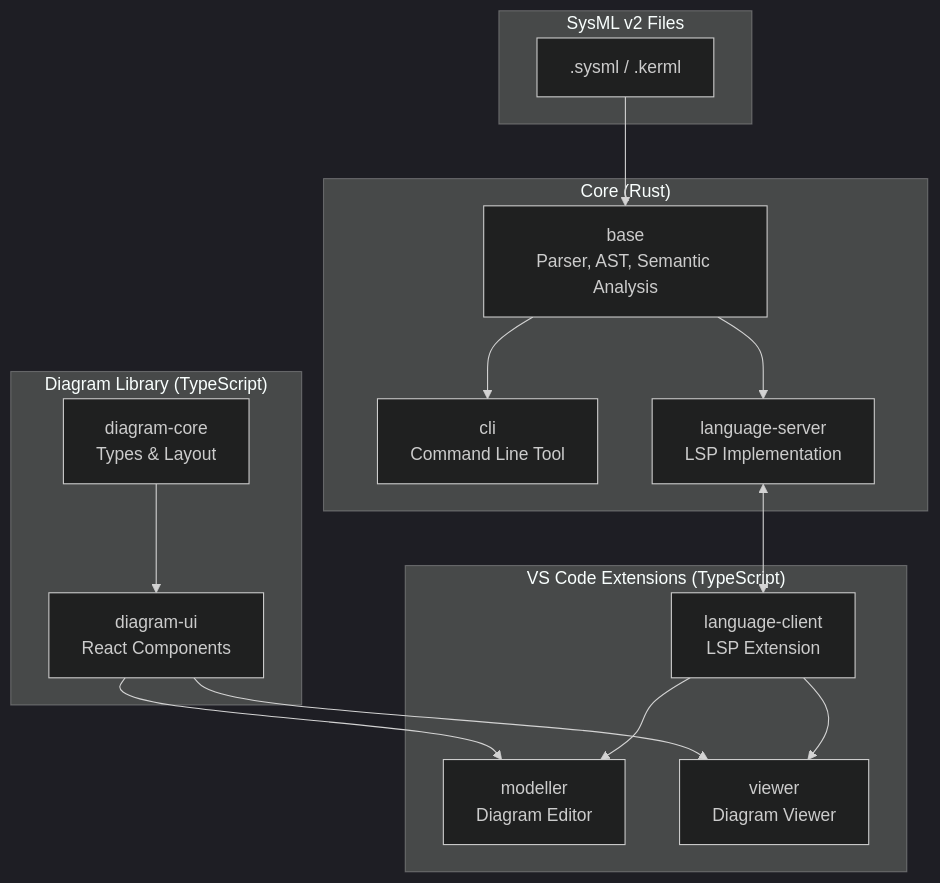
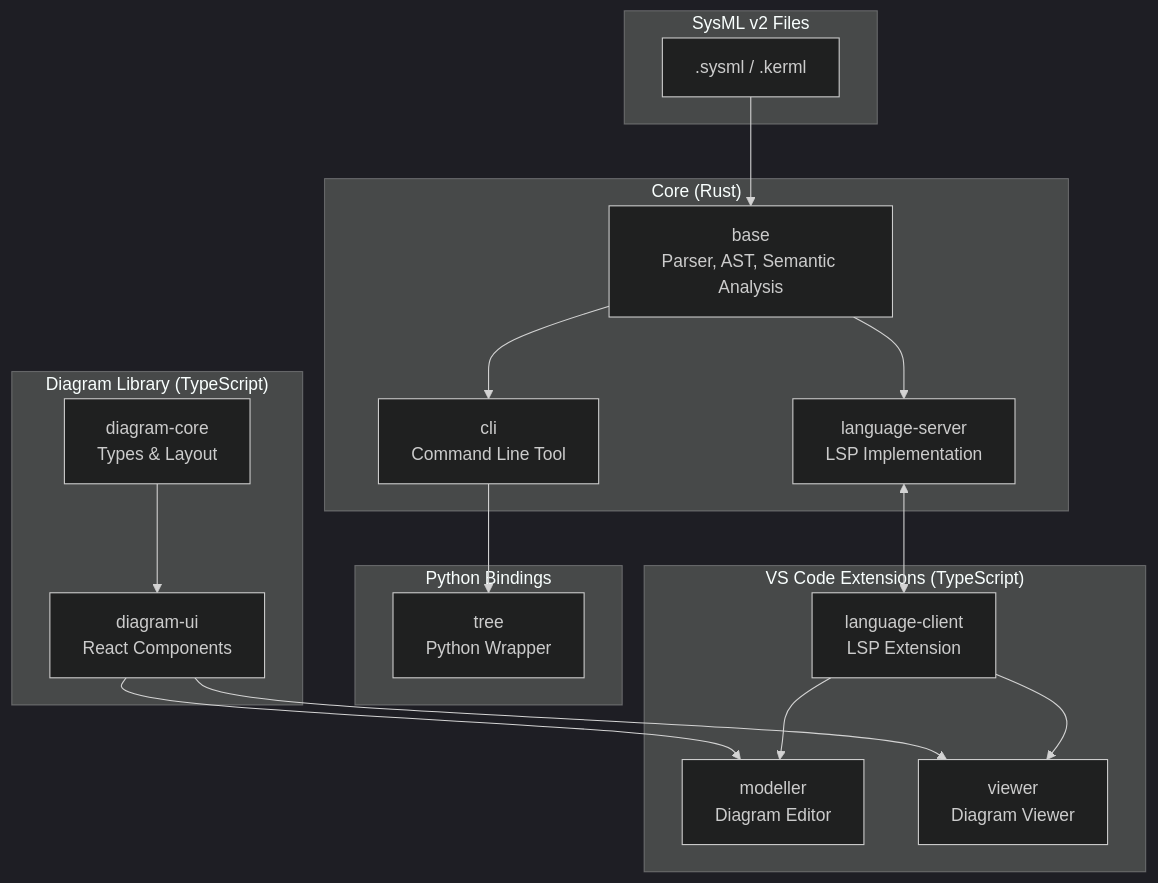
Before and after one commit to mohammed-j-mahmoud/syster: the diagram in README.md, drawn with Mermaid (dark theme). The commit also changed other lines of this file and 1 other file, not shown here.

First line of the commit message:
feat: Add syster-tree Python wrapper submodule

````diff
--- a/README.md
+++ b/README.md
@@ -9,33 +9,38 @@
 ```mermaid
 graph TB
     subgraph "SysML v2 Files"
         SysML[".sysml / .kerml"]
     end
 
     subgraph "Core (Rust)"
         Base[base<br/>Parser, AST, Semantic Analysis]
         CLI[cli<br/>Command Line Tool]
         LSP[language-server<br/>LSP Implementation]
+    end
+
+    subgraph "Python Bindings"
+        Tree[tree<br/>Python Wrapper]
     end
 
     subgraph "VS Code Extensions (TypeScript)"
         Client[language-client<br/>LSP Extension]
         Modeller[modeller<br/>Diagram Editor]
         Viewer[viewer<br/>Diagram Viewer]
     end
 
     subgraph "Diagram Library (TypeScript)"
         Core[diagram-core<br/>Types & Layout]
         UI[diagram-ui<br/>React Components]
     end
 
     SysML --> Base
     Base --> CLI
     Base --> LSP
+    CLI --> Tree
     LSP <--> Client
     Core --> UI
     UI --> Modeller
     UI --> Viewer
     Client --> Modeller
     Client --> Viewer
 ```
````
